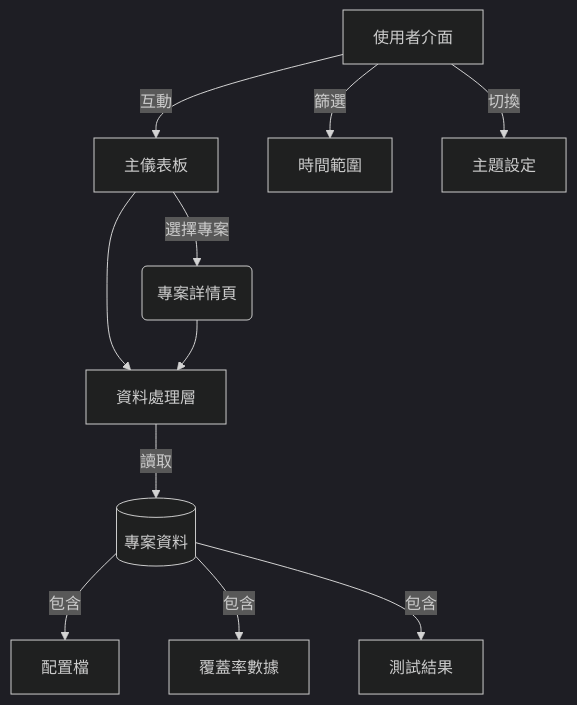
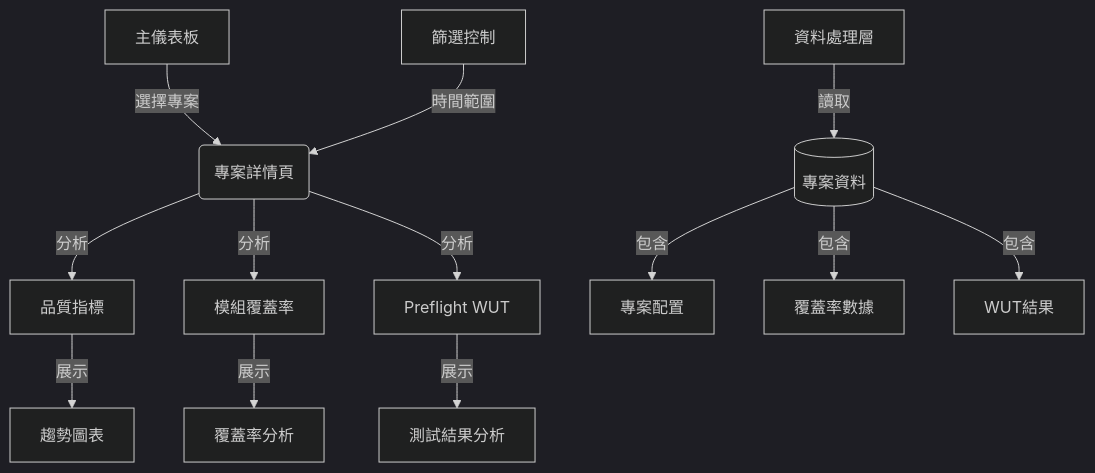
Before and after one commit to swchen44/swquality_dashboard: the diagram in DESIGN.md, drawn with Mermaid (dark theme). The commit also changed other lines of this file and 1 other file, not shown here.

````diff
--- a/DESIGN.md
+++ b/DESIGN.md
@@ -4,13 +4,15 @@
 ```mermaid
 graph TD
     A[主儀表板] -->|選擇專案| B(專案詳情頁)
-    A --> C[資料處理層]
-    B --> C
-    C -->|讀取| D[(專案資料)]
-    D -->|包含| E[配置檔]
-    D -->|包含| F[覆蓋率數據]
-    D -->|包含| G[測試結果]
-    H[使用者介面] -->|互動| A
-    H -->|篩選| I[時間範圍]
-    H -->|切換| J[主題設定]
+    B -->|分析| C[品質指標]
+    B -->|分析| D[模組覆蓋率]
+    B -->|分析| E[Preflight WUT]
+    C -->|展示| F[趨勢圖表]
+    D -->|展示| G[覆蓋率分析]
+    E -->|展示| H[測試結果分析]
+    I[資料處理層] -->|讀取| J[(專案資料)]
+    J -->|包含| K[專案配置]
+    J -->|包含| L[覆蓋率數據]
+    J -->|包含| M[WUT結果]
+    N[篩選控制] -->|時間範圍| B
 ```
````
